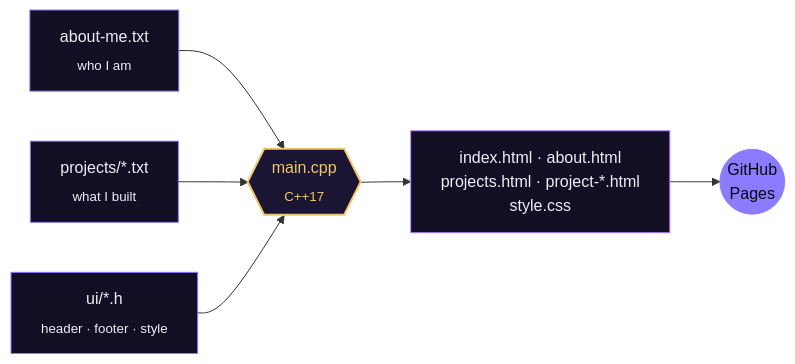
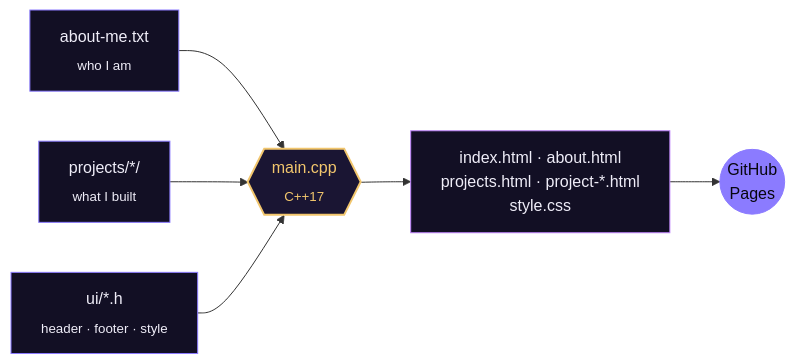
One commit to Hriduan/E-Portfolio_Hriduan changed the diagram in README.md. Above: the diagram before and after it, drawn with Mermaid. The commit also changed other lines of this file and 61 other files, not shown here.

````diff
--- a/README.md
+++ b/README.md
@@ -41,14 +41,14 @@
 ```mermaid
 flowchart LR
     A["about-me.txt<br/><sub>who I am</sub>"] --> C{{"main.cpp<br/><sub>C++17</sub>"}}
-    B["projects/*.txt<br/><sub>what I built</sub>"] --> C
+    B["projects/*/<br/><sub>what I built</sub>"] --> C
     D["ui/*.h<br/><sub>header · footer · style</sub>"] --> C
     C --> E["index.html · about.html<br/>projects.html · project-*.html<br/>style.css"]
     E --> F(("GitHub<br/>Pages"))
     style A fill:#120f24,stroke:#8b7bff,color:#efedf8
     style B fill:#120f24,stroke:#8b7bff,color:#efedf8
     style D fill:#120f24,stroke:#8b7bff,color:#efedf8
     style C fill:#1a1533,stroke:#f2c66d,color:#f2c66d,stroke-width:2px
     style E fill:#120f24,stroke:#c084fc,color:#efedf8
     style F fill:#8b7bff,stroke:#8b7bff,color:#07060d
 ```
````
